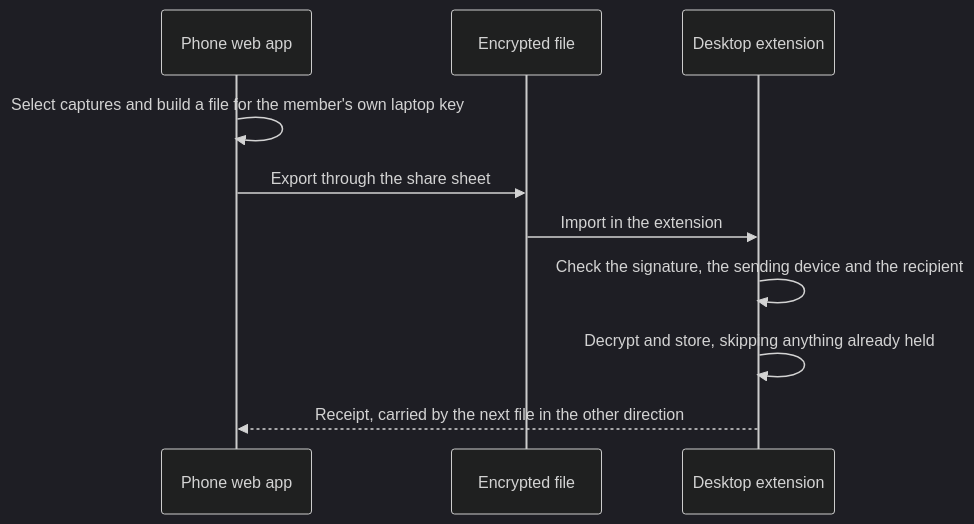
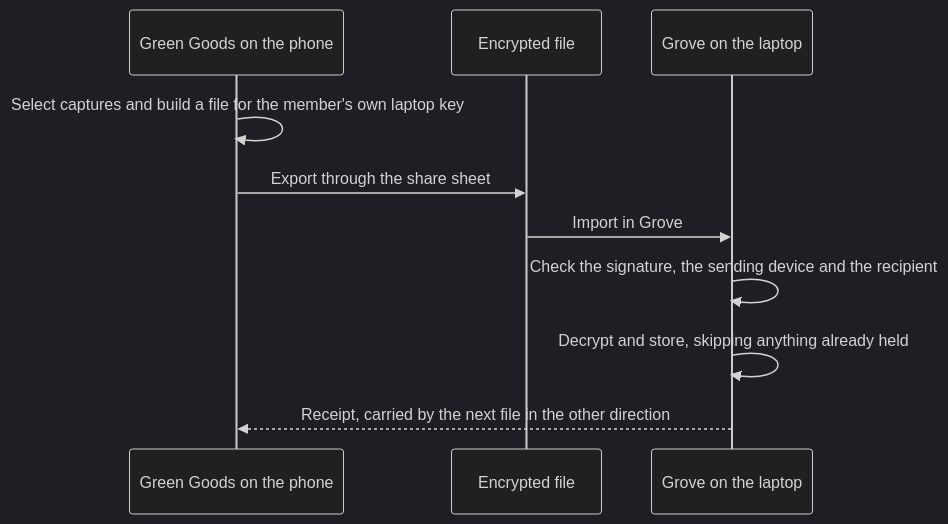
The fifth of 15 diagrams in .plans/ideas/grove/architecture-flows.md (greenpill-dev-guild/green-goods), drawn with Mermaid (dark theme) before and after one commit. The commit also changed other lines of this file and 16 other files, not shown here.

First line of the commit message:
docs(plans): reframe the hub as Green Goods working fully locally

````diff
--- a/.plans/ideas/grove/architecture-flows.md
+++ b/.plans/ideas/grove/architecture-flows.md
@@ -100,12 +124,12 @@
 ```mermaid
 sequenceDiagram
-  participant Ph as Phone web app
+  participant Ph as Green Goods on the phone
   participant F as Encrypted file
-  participant L as Desktop extension
+  participant L as Grove on the laptop
   Ph->>Ph: Select captures and build a file for the member's own laptop key
   Ph->>F: Export through the share sheet
-  F->>L: Import in the extension
+  F->>L: Import in Grove
   L->>L: Check the signature, the sending device and the recipient
   L->>L: Decrypt and store, skipping anything already held
   L-->>Ph: Receipt, carried by the next file in the other direction
 ```
````
